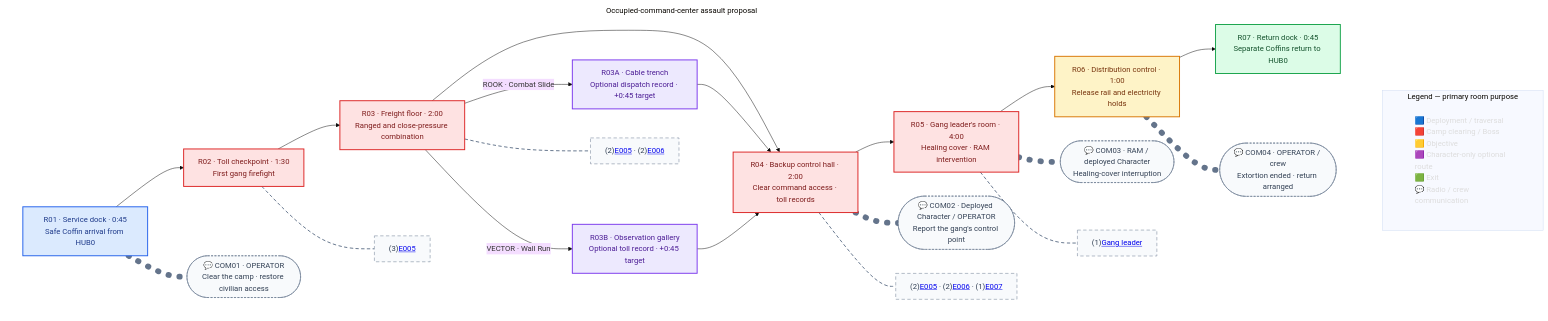
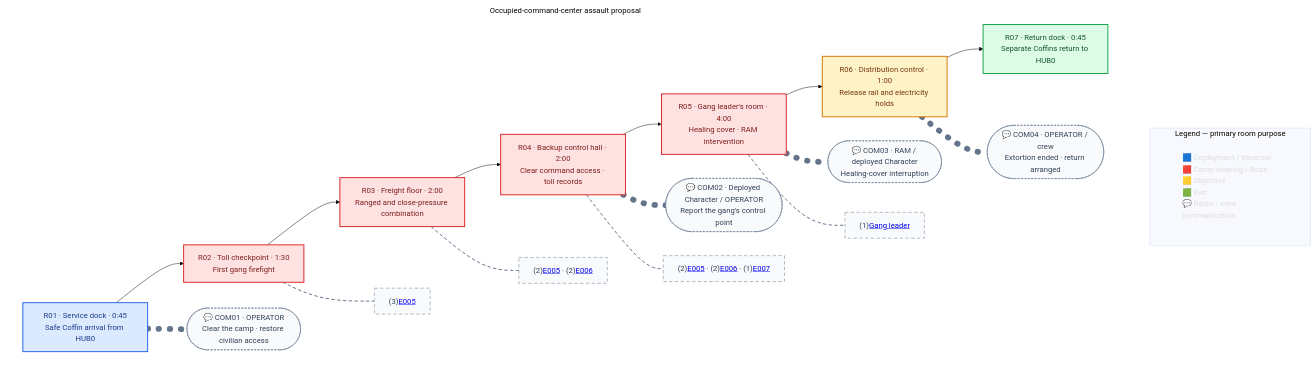
One commit to justgook/imprint-zero changed the diagram in missions/m03.md. Above: the diagram before and after it, drawn with Mermaid (base theme). The commit also changed other lines of this file and 5 other files, not shown here.

````diff
--- a/missions/m03.md
+++ b/missions/m03.md
@@ -49,52 +49,45 @@
 ```mermaid
 flowchart TB
     subgraph Legend[Legend — primary room purpose]
-        L["🟦 Deployment / traversal<br/>🟥 Camp clearing / Boss<br/>🟨 Objective<br/>🟪 Character-only optional route<br/>🟩 Exit<br/>💬 Radio / crew communication"]
+        L["🟦 Deployment / traversal<br/>🟥 Camp clearing / Boss<br/>🟨 Objective<br/>🟩 Exit<br/>💬 Radio / crew communication"]
     end
 
     subgraph Route[Occupied-command-center assault proposal]
         direction LR
         R01["R01 · Service dock · 0:45<br/>Safe Coffin arrival from HUB0"] --> R02["R02 · Toll checkpoint · 1:30<br/>First gang firefight"]
         R02 --> R03["R03 · Freight floor · 2:00<br/>Ranged and close-pressure combination"]
         R03 --> R04["R04 · Backup control hall · 2:00<br/>Clear command access · toll records"]
         R04 --> R05["R05 · Gang leader's room · 4:00<br/>Healing cover · RAM intervention"]
         R05 --> R06["R06 · Distribution control · 1:00<br/>Release rail and electricity holds"]
         R06 --> R07["R07 · Return dock · 0:45<br/>Separate Coffins return to HUB0"]
-
-        R03 -->|ROOK · Combat Slide| R03A["R03A · Cable trench<br/>Optional dispatch record · +0:45 target"]
-        R03A --> R04
-        R03 -->|VECTOR · Wall Run| R03B["R03B · Observation gallery<br/>Optional toll record · +0:45 target"]
-        R03B --> R04
 
         R01 -.- COM01(["💬 COM01 · OPERATOR<br/>Clear the camp · restore civilian access"])
         R04 -.- COM02(["💬 COM02 · Deployed Character / OPERATOR<br/>Report the gang's control point"])
         R05 -.- COM03(["💬 COM03 · RAM / deployed Character<br/>Healing-cover interruption"])
         R06 -.- COM04(["💬 COM04 · OPERATOR / crew<br/>Extortion ended · return arranged"])
 
         R02 -.- C02["(3)<a href='#/enemies/e005'>E005</a>"]
         R03 -.- C03["(2)<a href='#/enemies/e005'>E005</a> · (2)<a href='#/enemies/e006'>E006</a>"]
         R04 -.- C04["(2)<a href='#/enemies/e005'>E005</a> · (2)<a href='#/enemies/e006'>E006</a> · (1)<a href='#/enemies/e007'>E007</a>"]
         R05 -.- C05["(1)<a href='#/bosses/tollkeeper'>Gang leader</a>"]
     end
 
     classDef deployment fill:#dbeafe,stroke:#2563eb,color:#1e3a8a,stroke-width:2px;
     classDef combat fill:#fee2e2,stroke:#dc2626,color:#7f1d1d,stroke-width:2px;
     classDef objective fill:#fef3c7,stroke:#d97706,color:#78350f,stroke-width:2px;
-    classDef optional fill:#ede9fe,stroke:#7c3aed,color:#4c1d95,stroke-width:2px;
     classDef exit fill:#dcfce7,stroke:#16a34a,color:#14532d,stroke-width:2px;
     classDef communication fill:#f8fafc,stroke:#64748b,color:#334155,stroke-width:1px,stroke-dasharray:4 3;
     classDef roomContent fill:#f8fafc,stroke:#64748b,color:#334155,stroke-width:1px,stroke-dasharray:7 5;
     classDef legend fill:none,stroke:none,color:#ddd,text-align:left;
 
     class R01 deployment;
     class R02,R03,R04,R05 combat;
     class R06 objective;
-    class R03A,R03B optional;
     class R07 exit;
     class COM01,COM02,COM03,COM04 communication;
     class C02,C03,C04,C05 roomContent;
     class L legend;
-    linkStyle 10,11,12,13 stroke:#64748b,stroke-width:12px,stroke-dasharray:1 22,stroke-linecap:round;
-    linkStyle 14,15,16,17 stroke:#64748b,stroke-width:2px,stroke-dasharray:7 5;
+    linkStyle 6,7,8,9 stroke:#64748b,stroke-width:12px,stroke-dasharray:1 22,stroke-linecap:round;
+    linkStyle 10,11,12,13 stroke:#64748b,stroke-width:2px,stroke-dasharray:7 5;
     style Route fill:none,stroke:none;
 ```
````
